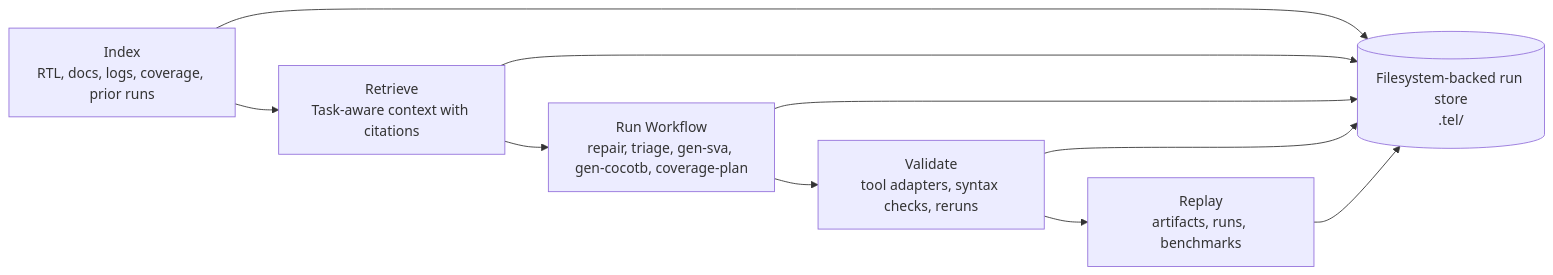
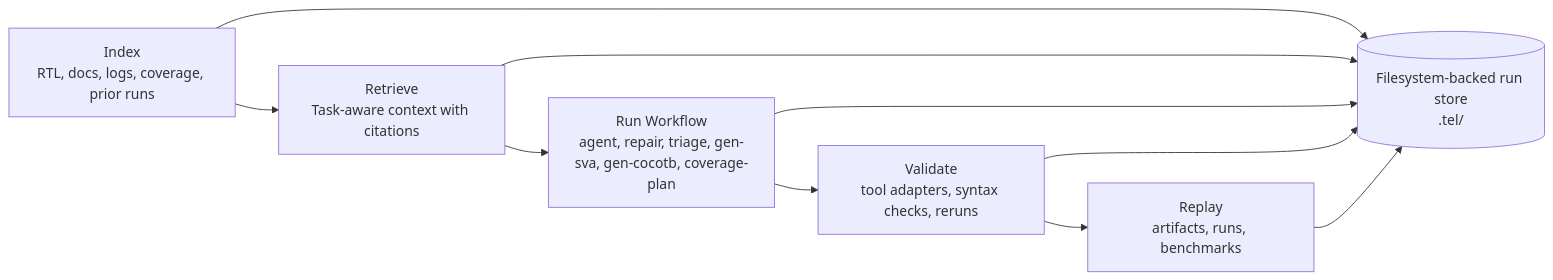
The first of 2 diagrams in README.md (ivanbard/telchines), drawn with Mermaid before and after one commit. The commit also changed other lines of this file and 13 other files, not shown here.

Commit message:
Add review-gated agent workflow

````diff
--- a/README.md
+++ b/README.md
@@ -81,16 +82,16 @@
 ```mermaid
 flowchart LR
     index["Index<br/>RTL, docs, logs, coverage, prior runs"]
     retrieve["Retrieve<br/>Task-aware context with citations"]
-    workflow["Run Workflow<br/>repair, triage, gen-sva, gen-cocotb, coverage-plan"]
+    workflow["Run Workflow<br/>agent, repair, triage, gen-sva, gen-cocotb, coverage-plan"]
     validate["Validate<br/>tool adapters, syntax checks, reruns"]
     replay["Replay<br/>artifacts, runs, benchmarks"]
     store[("Filesystem-backed run store<br/>.tel/")]
 
     index --> retrieve --> workflow --> validate --> replay
     index --> store
     retrieve --> store
     workflow --> store
     validate --> store
     replay --> store
 ```
````
